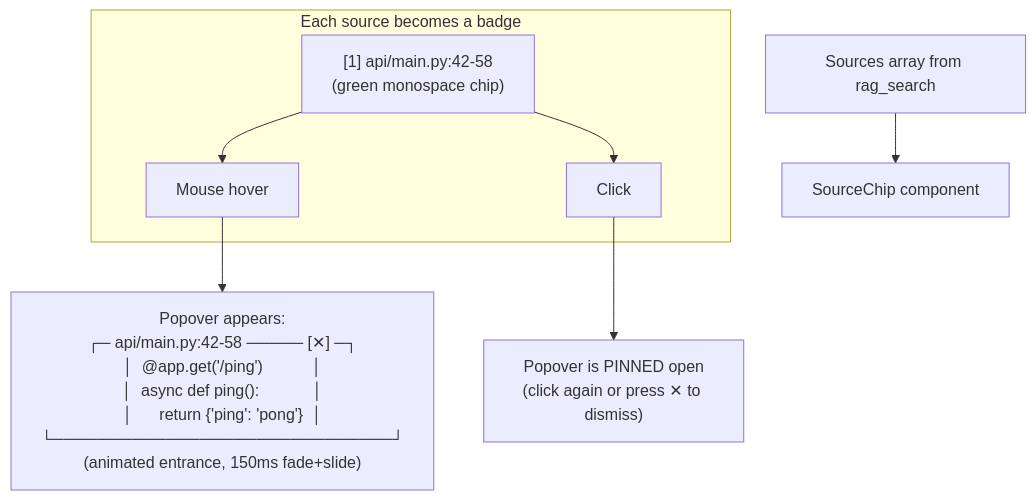
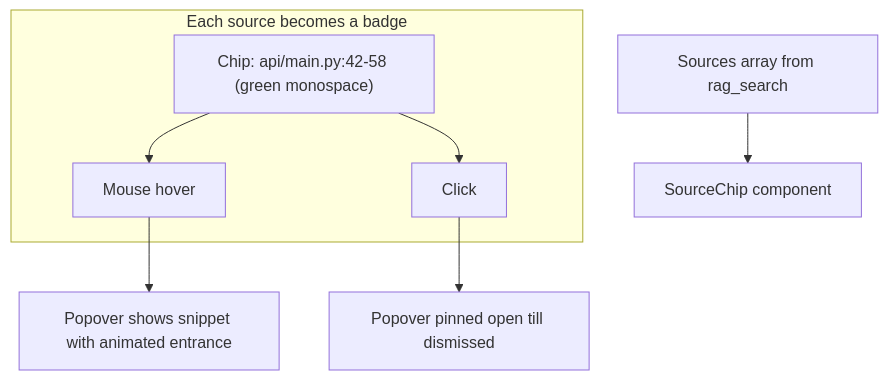
Diagram 23 of 29 in docs/PHASE2_EXPLAINED.md (yessine15/sentinel), drawn with Mermaid before and after one commit. The commit also changed other lines of this file, not shown here.

First line of the commit message:
docs: fix all mermaid v11.15.0 syntax errors in Phase 2 guide

````diff
--- a/docs/PHASE2_EXPLAINED.md
+++ b/docs/PHASE2_EXPLAINED.md
@@ -862,14 +851,14 @@
 ```mermaid
 flowchart TD
     SOURCES["Sources array from rag_search"] --> CHIP["SourceChip component"]
 
-    subgraph "Each source becomes a badge"
-        BADGE["[1] api/main.py:42-58<br/>(green monospace chip)"]
+    subgraph BADGES["Each source becomes a badge"]
+        BADGE["Chip: api/main.py:42-58 (green monospace)"]
         BADGE --> HOVER["Mouse hover"]
         BADGE --> CLICK["Click"]
     end
 
-    HOVER --> POPOVER["Popover appears:<br/>┌─ api/main.py:42-58 ───── [✕] ─┐<br/>│  @app.get('/ping')           │<br/>│  async def ping():            │<br/>│      return {'ping': 'pong'}  │<br/>└──────────────────────────────┘<br/>(animated entrance, 150ms fade+slide)"]
+    HOVER --> POPOVER["Popover shows snippet with animated entrance"]
 
-    CLICK --> PIN["Popover is PINNED open<br/>(click again or press ✕ to dismiss)"]
+    CLICK --> PIN["Popover pinned open till dismissed"]
 ```
````
